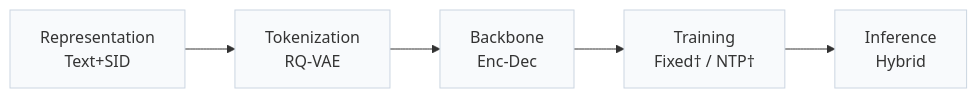
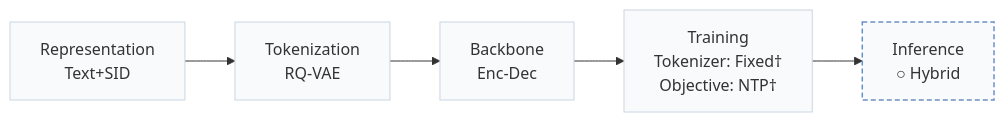
The first of 2 diagrams in pages/papers/gr-generalize.md (Galaxy-ghost/Awesome-SID-Generative-Rec), drawn with Mermaid before and after one commit. The commit also changed other lines of this file and 558 other files, not shown here.

````diff
--- a/pages/papers/gr-generalize.md
+++ b/pages/papers/gr-generalize.md
@@ -15,6 +18,8 @@
 ```mermaid
 flowchart LR
-    R["Representation<br/>Text+SID"] --> T["Tokenization<br/>RQ-VAE"] --> B["Backbone<br/>Enc-Dec"] --> TR["Training<br/>Fixed† / NTP†"] --> I["Inference<br/>Hybrid"]
+    R["Representation<br/>Text+SID"] --> T["Tokenization<br/>RQ-VAE"] --> B["Backbone<br/>Enc-Dec"] --> TR["Training<br/>Tokenizer: Fixed†<br/>Objective: NTP†"] --> I["Inference<br/>○ Hybrid"]
     classDef base fill:#f8fafc,stroke:#cbd5e1
     class R,T,B,TR,I base
+    classDef other fill:#f8fafc,stroke:#6b8fc7,stroke-width:1.5px,stroke-dasharray:5 3
+    class I other
 ```
````
